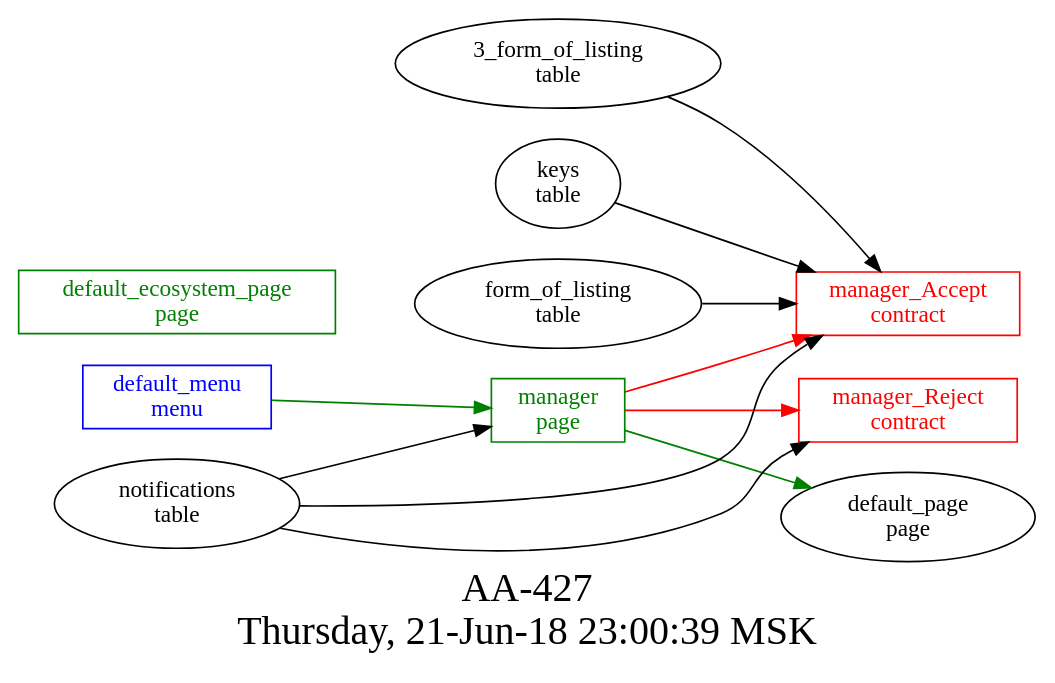
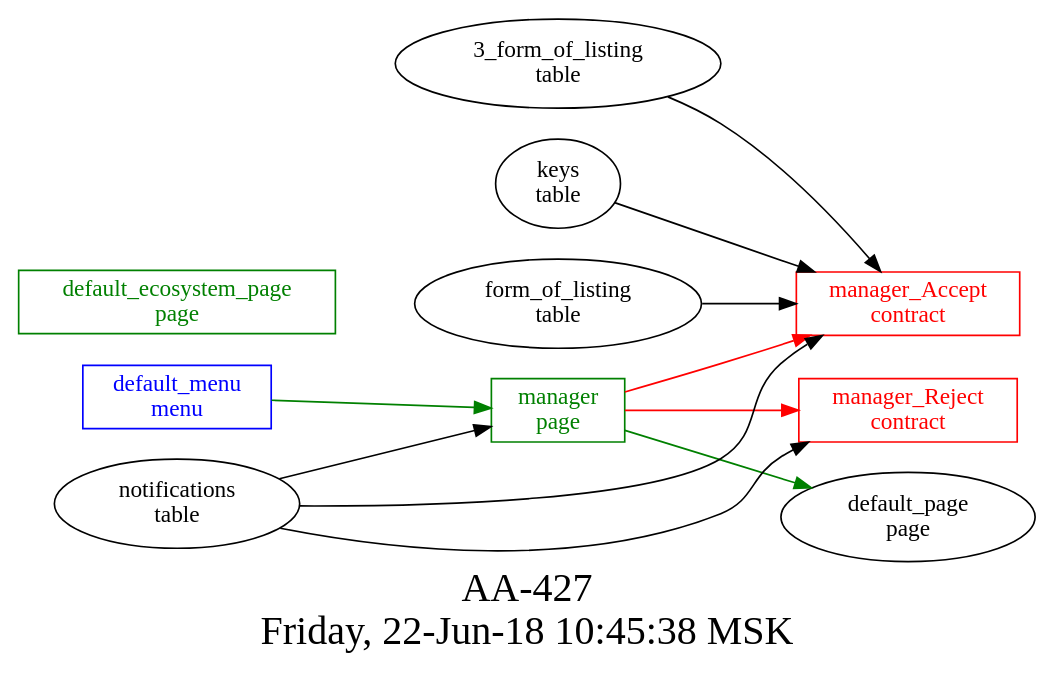
The diagram in src/AA-427/struct.dot (AplaProject/apps), drawn with Graphviz before and after one commit. The commit also changed 2 other files, not shown here.

```diff
--- a/src/AA-427/struct.dot
+++ b/src/AA-427/struct.dot
@@ -1,25 +1,25 @@
 digraph G {
 graph [
   fontsize="24";
-  label="AA-427\nThursday, 21-Jun-18 23:00:39 MSK";
+  label="AA-427\nFriday, 22-Jun-18 10:45:38 MSK";
   nojustify=true;
   ordering=out;
   rankdir=LR;
   size="30";
 ];
 "default_menu\nmenu" -> "manager\npage"  [ color=green ]
 "default_menu\nmenu" [color=blue, fontcolor=blue, group=menus, shape=record];
 "default_ecosystem_page\npage" [color=green, fontcolor=green, group=pages, shape=record];
 "manager\npage" -> "manager_Accept\ncontract"  [ color=red ]
 "manager\npage" -> "manager_Reject\ncontract"  [ color=red ]
 "notifications\ntable" -> "manager\npage"
 "manager\npage" -> "default_page\npage"  [ color=green ]
 "manager\npage" [color=green, fontcolor=green, group=pages, shape=record];
 "3_form_of_listing\ntable" -> "manager_Accept\ncontract"
 "notifications\ntable" -> "manager_Accept\ncontract"
 "keys\ntable" -> "manager_Accept\ncontract"
 "form_of_listing\ntable" -> "manager_Accept\ncontract"
 "manager_Accept\ncontract" [color=red, fontcolor=red, group=contracts, shape=record];
 "notifications\ntable" -> "manager_Reject\ncontract"
 "manager_Reject\ncontract" [color=red, fontcolor=red, group=contracts, shape=record];
 }
```
